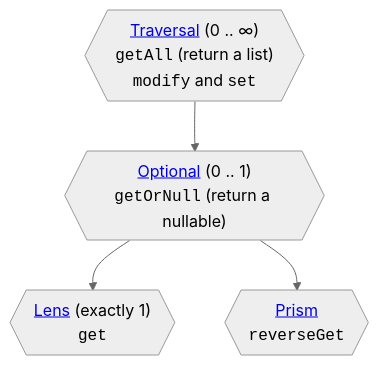
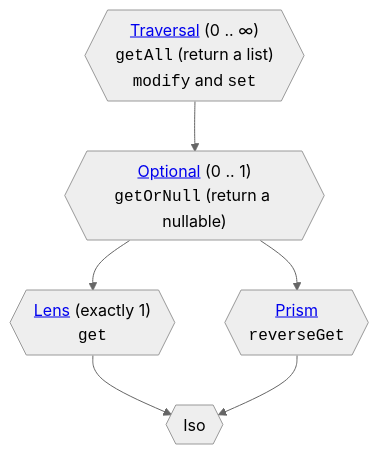
Before and after one commit to arrow-kt/arrow-website: the diagram in content/docs/learn/immutable-data/intro.md, drawn with Mermaid (neutral theme).

Commit message:
Add Iso to the hierarchy of lenses

````diff
--- a/content/docs/learn/immutable-data/intro.md
+++ b/content/docs/learn/immutable-data/intro.md
@@ -127,10 +127,13 @@
 ```mermaid
 graph TD;
-  traversal{{"<a href='../traversal/'>Traversal</a> (0 .. ∞)<br /><code>getAll</code> (return a list)<br /><code>modify</code> and <code>set</code>"}};
-  optional{{"<a href='../optional-prism/'>Optional</a> (0 .. 1)<br /><code>getOrNull</code> (return a nullable)"}};
-  lens{{"<a href='../lens/'>Lens</a> (exactly 1)<br /><code>get</code>"}};
-  prism{{"<a href='../optional-prism/#constructing-values'>Prism</a><br /><code>reverseGet</code>"}};
+  traversal{{"<a href='../traversal/'>Traversal</a> (0 .. ∞)<br /><tt>getAll</tt> (return a list)<br /><tt>modify</tt> and <tt>set</tt>"}};
+  optional{{"<a href='../optional-prism/'>Optional</a> (0 .. 1)<br /><tt>getOrNull</tt> (return a nullable)"}};
+  lens{{"<a href='../lens/'>Lens</a> (exactly 1)<br /><tt>get</tt>"}};
+  prism{{"<a href='../optional-prism/#constructing-values'>Prism</a><br /><tt>reverseGet</tt>"}};
+  iso{{Iso}}
   traversal-->optional;
   optional-->lens;
   optional-->prism;
+  lens-->iso;
+  prism-->iso;
 ```
````
